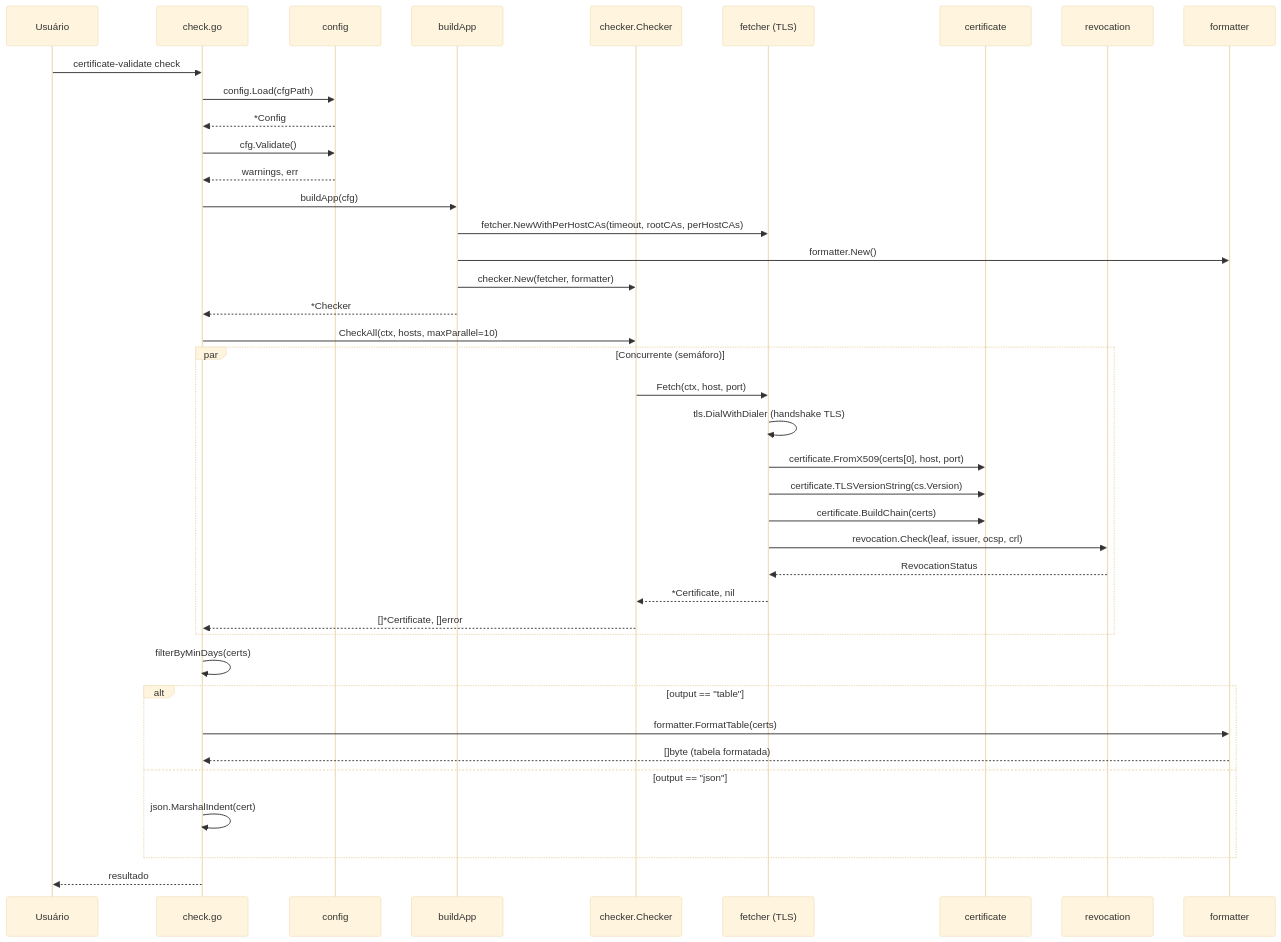
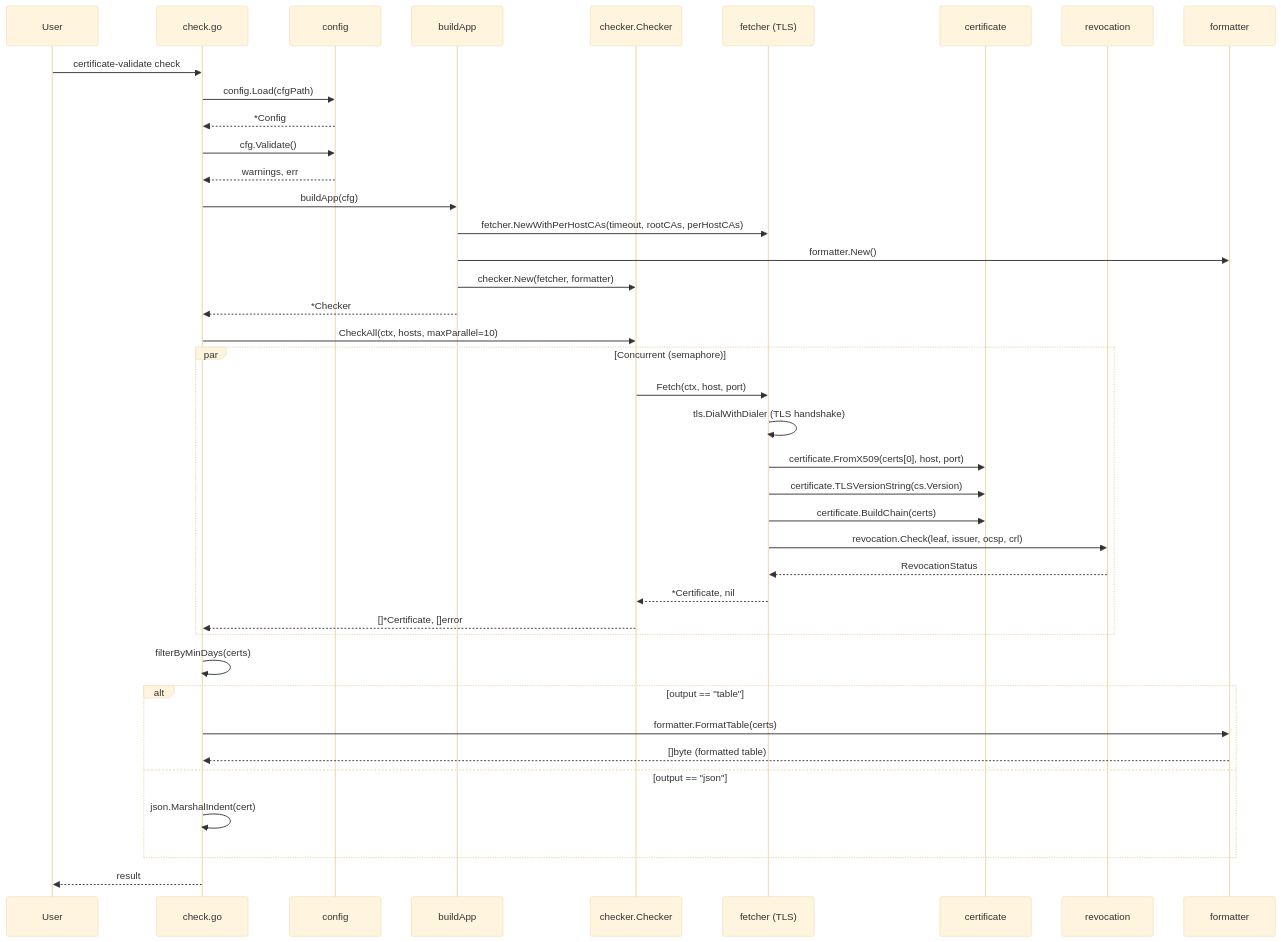
The third of 14 diagrams in docs/ARCHITECTURE.md (fabianoflorentino/certificate-validate), drawn with Mermaid (base theme) before and after one commit. The commit also changed other lines of this file and 2 other files, not shown here.

````diff
--- a/docs/ARCHITECTURE.md
+++ b/docs/ARCHITECTURE.md
@@ -169,48 +169,48 @@
 ```mermaid
 sequenceDiagram
-    participant User as Usuário
+    participant User as User
     participant CLI as check.go
     participant Cfg as config
     participant App as buildApp
     participant Checker as checker.Checker
     participant Fetcher as fetcher (TLS)
     participant Cert as certificate
     participant Revoc as revocation
     participant Fmt as formatter
 
     User->>CLI: certificate-validate check
     CLI->>Cfg: config.Load(cfgPath)
     Cfg-->>CLI: *Config
     CLI->>Cfg: cfg.Validate()
     Cfg-->>CLI: warnings, err
 
     CLI->>App: buildApp(cfg)
     App->>Fetcher: fetcher.NewWithPerHostCAs(timeout, rootCAs, perHostCAs)
     App->>Fmt: formatter.New()
     App->>Checker: checker.New(fetcher, formatter)
     App-->>CLI: *Checker
 
     CLI->>Checker: CheckAll(ctx, hosts, maxParallel=10)
 
-    par Concurrente (semáforo)
+    par Concurrent (semaphore)
         Checker->>Fetcher: Fetch(ctx, host, port)
-        Fetcher->>Fetcher: tls.DialWithDialer (handshake TLS)
+        Fetcher->>Fetcher: tls.DialWithDialer (TLS handshake)
         Fetcher->>Cert: certificate.FromX509(certs[0], host, port)
         Fetcher->>Cert: certificate.TLSVersionString(cs.Version)
         Fetcher->>Cert: certificate.BuildChain(certs)
         Fetcher->>Revoc: revocation.Check(leaf, issuer, ocsp, crl)
         Revoc-->>Fetcher: RevocationStatus
         Fetcher-->>Checker: *Certificate, nil
 
         Checker-->>CLI: []*Certificate, []error
     end
 
     CLI->>CLI: filterByMinDays(certs)
     alt output == "table"
         CLI->>Fmt: formatter.FormatTable(certs)
-        Fmt-->>CLI: []byte (tabela formatada)
+        Fmt-->>CLI: []byte (formatted table)
     else output == "json"
         CLI->>CLI: json.MarshalIndent(cert)
     end
-    CLI-->>User: resultado
+    CLI-->>User: result
 ```
````
